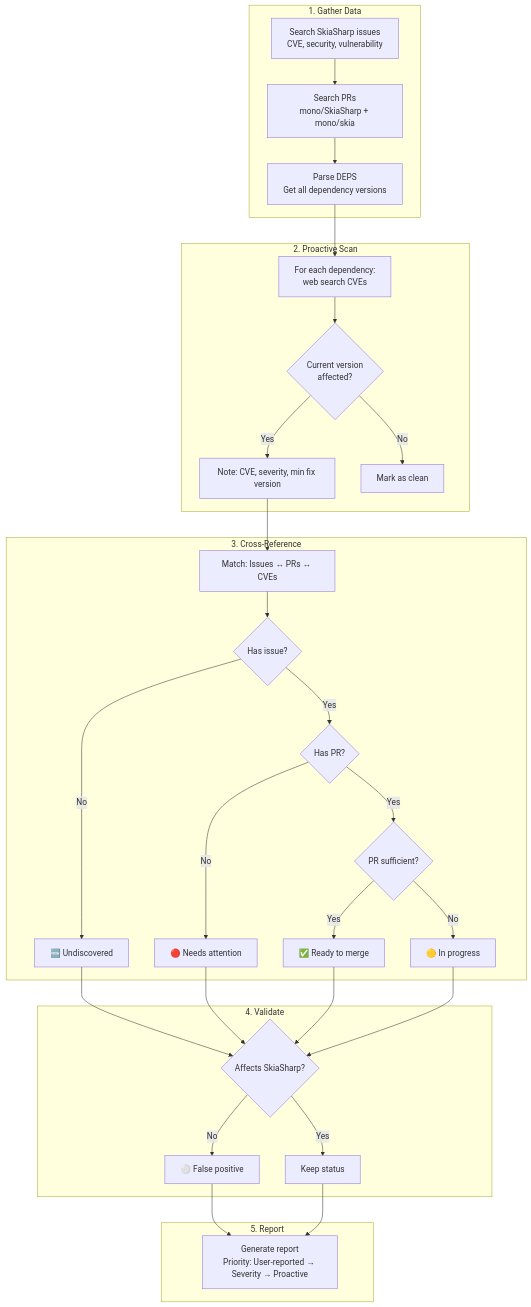
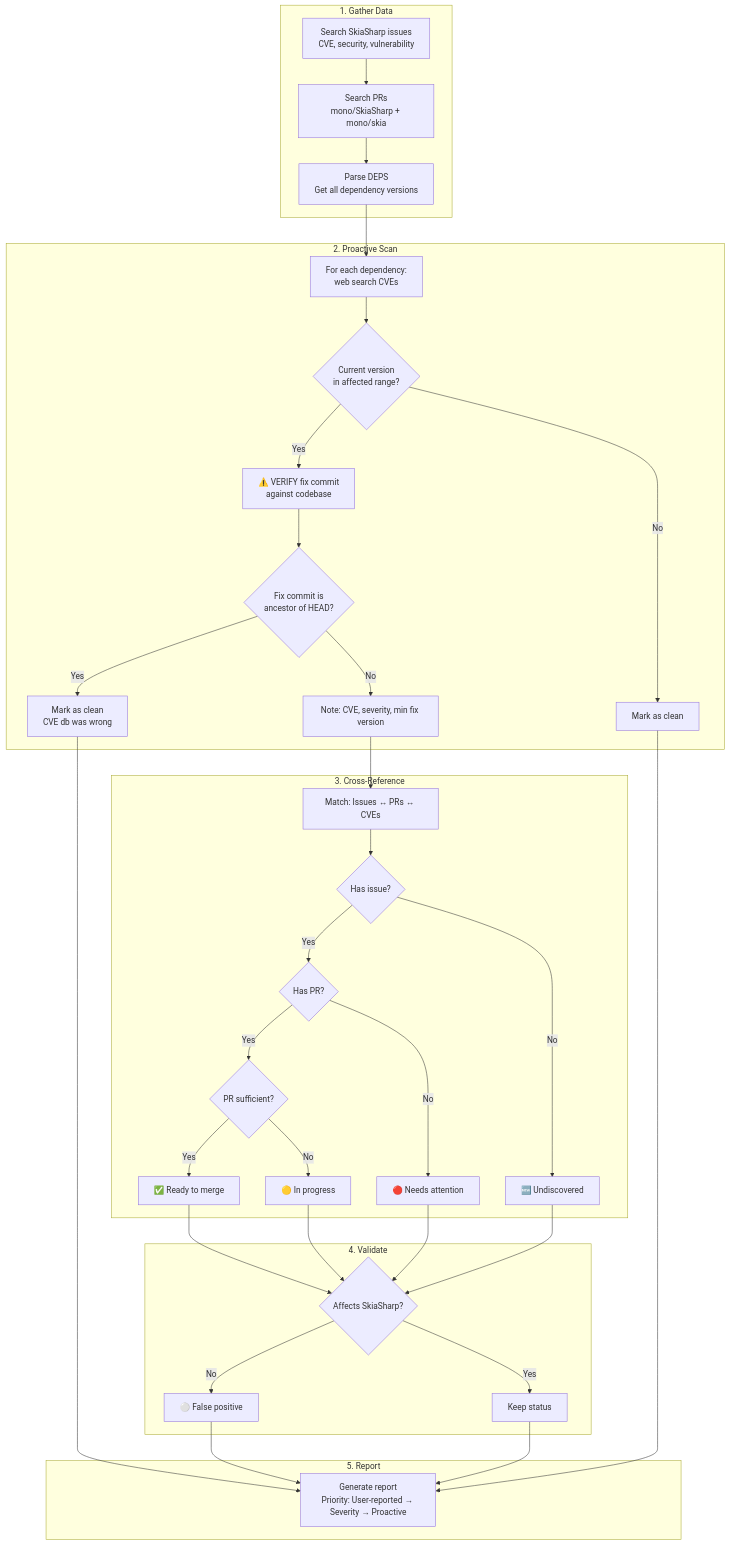
The diagram in .github/skills/security-audit/SKILL.md (mono/SkiaSharp), drawn with Mermaid before and after one commit. The commit also changed other lines of this file, not shown here.

````diff
--- a/.github/skills/security-audit/SKILL.md
+++ b/.github/skills/security-audit/SKILL.md
@@ -28,35 +28,38 @@
 ```mermaid
 flowchart TD
     subgraph "1. Gather Data"
         A[Search SkiaSharp issues<br/>CVE, security, vulnerability] --> B[Search PRs<br/>mono/SkiaSharp + mono/skia]
         B --> C[Parse DEPS<br/>Get all dependency versions]
     end
 
     subgraph "2. Proactive Scan"
         C --> D[For each dependency:<br/>web search CVEs]
-        D --> E{Current version<br/>affected?}
-        E -->|Yes| F[Note: CVE, severity, min fix version]
+        D --> E{Current version<br/>in affected range?}
+        E -->|Yes| V[⚠️ VERIFY fix commit<br/>against codebase]
         E -->|No| G[Mark as clean]
+        V --> E2{Fix commit is<br/>ancestor of HEAD?}
+        E2 -->|Yes| G2[Mark as clean<br/>CVE db was wrong]
+        E2 -->|No| F[Note: CVE, severity, min fix version]
     end
 
     subgraph "3. Cross-Reference"
         F --> H[Match: Issues ↔ PRs ↔ CVEs]
         H --> I{Has issue?}
         I -->|Yes| J{Has PR?}
         I -->|No| K[🆕 Undiscovered]
         J -->|Yes| L{PR sufficient?}
         J -->|No| M[🔴 Needs attention]
         L -->|Yes| N[✅ Ready to merge]
         L -->|No| O[🟡 In progress]
     end
 
     subgraph "4. Validate"
         K & M & N & O --> P{Affects SkiaSharp?}
         P -->|No| Q[⚪ False positive]
         P -->|Yes| R[Keep status]
     end
 
     subgraph "5. Report"
-        Q & R --> S[Generate report<br/>Priority: User-reported → Severity → Proactive]
+        Q & R & G & G2 --> S[Generate report<br/>Priority: User-reported → Severity → Proactive]
     end
 ```
````
